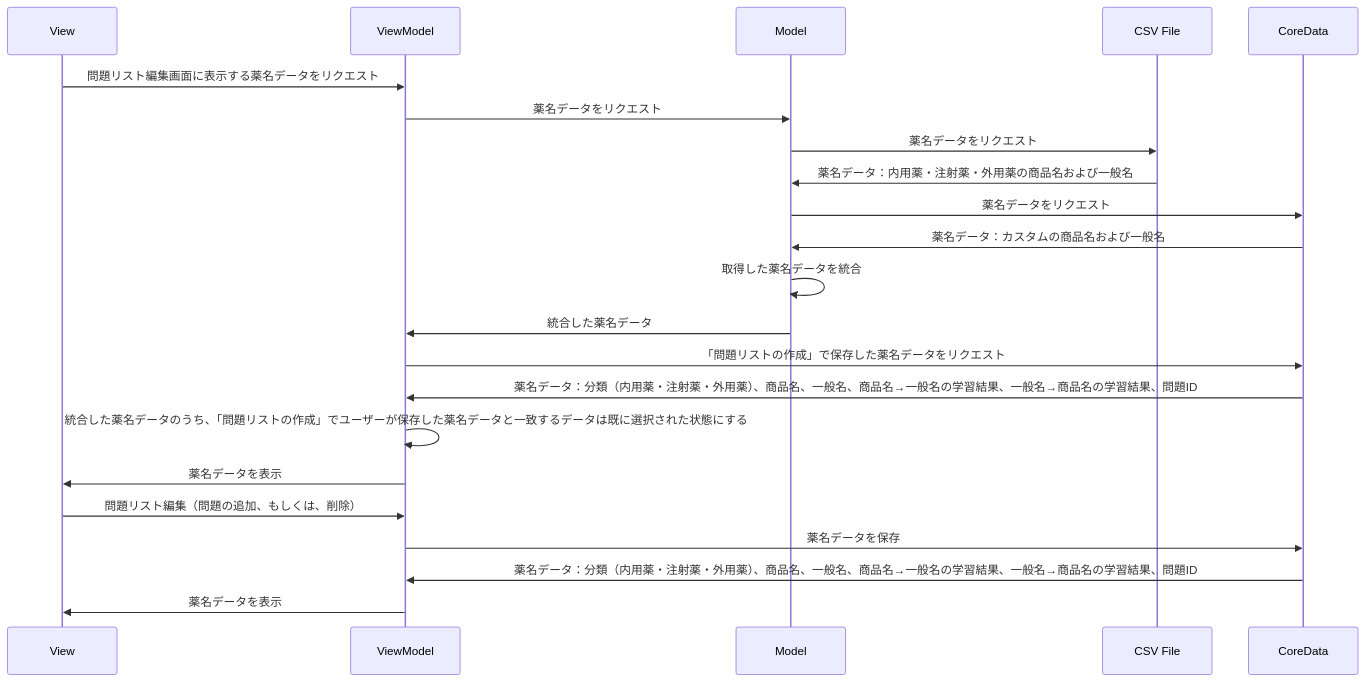
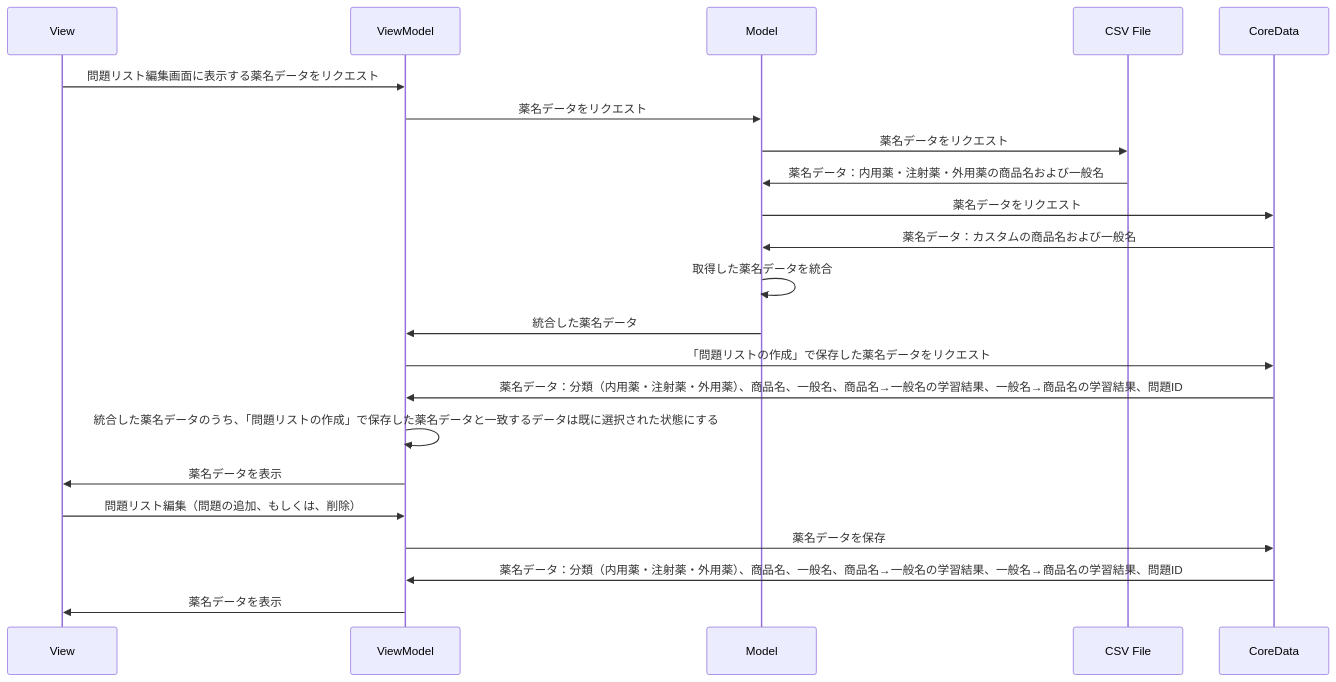
The third of 5 diagrams in README.md (tas5521/MedicineNameQuiz), drawn with Mermaid before and after one commit.

Commit message:
#136 シーケンス図を修正

````diff
--- a/README.md
+++ b/README.md
@@ -179,24 +179,24 @@
 ```mermaid
 sequenceDiagram
     participant View
     participant ViewModel
     participant Model
     participant CSV File
     participant CoreData
     View->>ViewModel: 問題リスト編集画面に表示する薬名データをリクエスト
     ViewModel->>Model: 薬名データをリクエスト
     Model->>CSV File: 薬名データをリクエスト
     CSV File->>Model: 薬名データ：内用薬・注射薬・外用薬の商品名および一般名
     Model->>CoreData: 薬名データをリクエスト
     CoreData->>Model: 薬名データ：カスタムの商品名および一般名
     Model->>Model: 取得した薬名データを統合
     Model->>ViewModel: 統合した薬名データ
     ViewModel->>CoreData: 「問題リストの作成」で保存した薬名データをリクエスト
     CoreData->>ViewModel: 薬名データ：分類（内用薬・注射薬・外用薬）、商品名、一般名、商品名→一般名の学習結果、一般名→商品名の学習結果、問題ID
-    ViewModel->>ViewModel: 統合した薬名データのうち、「問題リストの作成」でユーザーが保存した薬名データと一致するデータは既に選択された状態にする
+    ViewModel->>ViewModel: 統合した薬名データのうち、「問題リストの作成」で保存した薬名データと一致するデータは既に選択された状態にする
     ViewModel->>View: 薬名データを表示
     View->>ViewModel: 問題リスト編集（問題の追加、もしくは、削除）
     ViewModel->>CoreData: 薬名データを保存
     CoreData->>ViewModel: 薬名データ：分類（内用薬・注射薬・外用薬）、商品名、一般名、商品名→一般名の学習結果、一般名→商品名の学習結果、問題ID
     ViewModel->>View: 薬名データを表示
 ```
````
